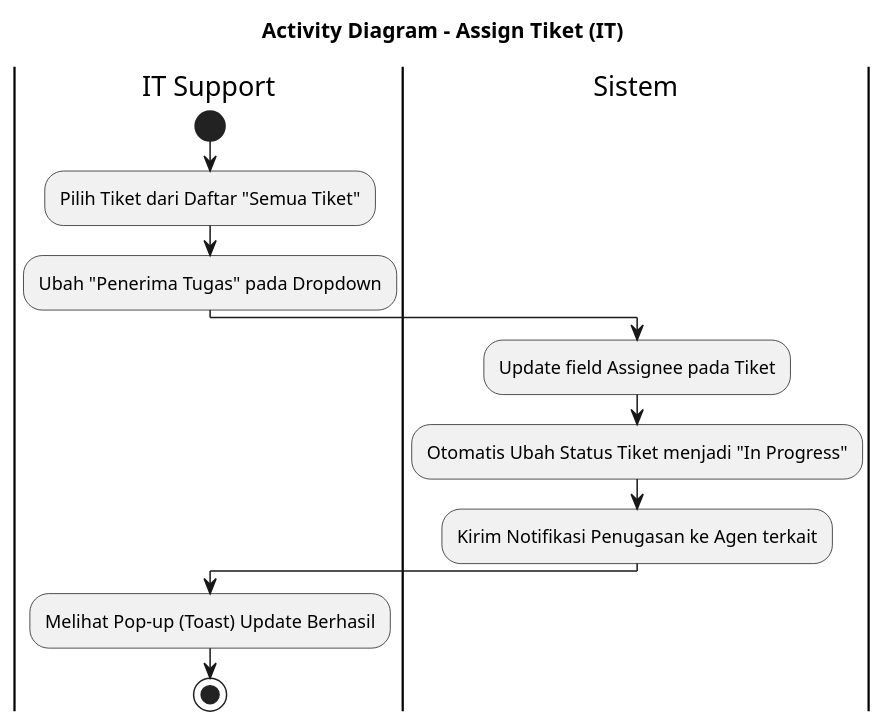
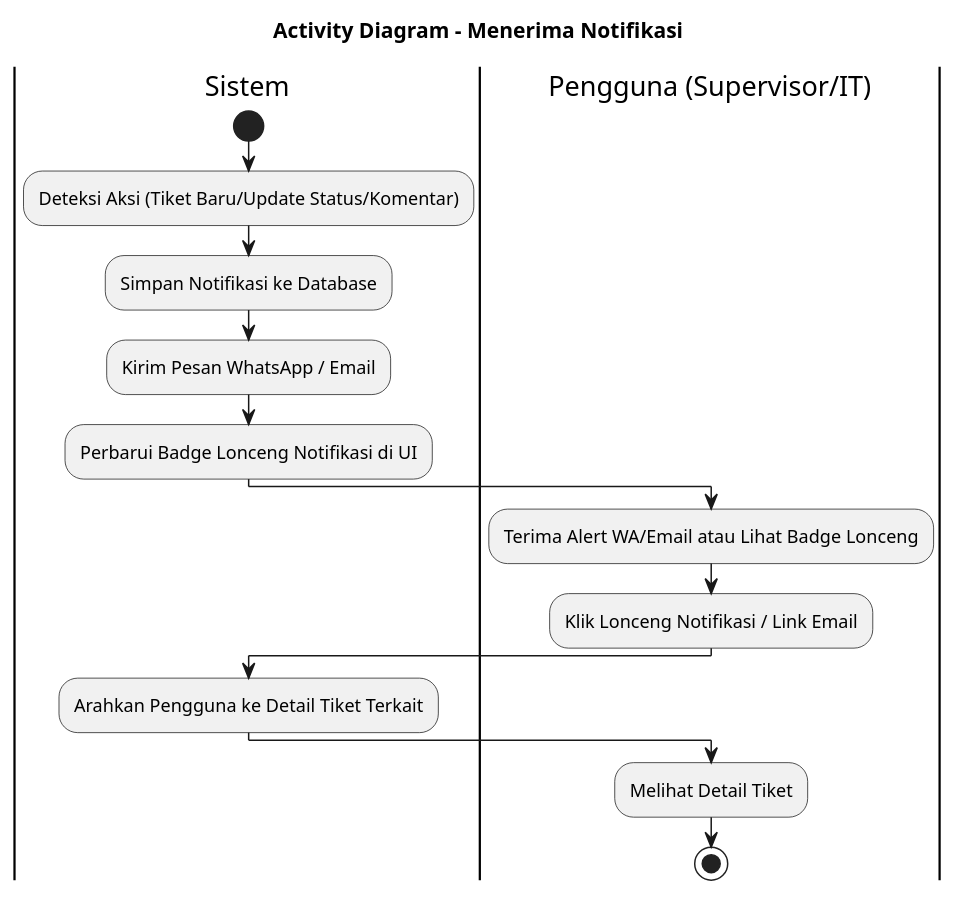
Before and after one commit to mrahmatfadila/bissmillah-skripsi-web: the sixth of 14 diagrams in docs/activity-diagrams.puml, drawn with PlantUML. The commit also changed other lines of this file and 62 other files, not shown here.

Commit message:
Update database and seeds with real Terminal 2 & 3 supervisor data and sync other project files

```diff
--- a/docs/activity-diagrams.puml
+++ b/docs/activity-diagrams.puml
@@ -88,14 +101,17 @@
-@startuml activity_assign_tiket
-title Activity Diagram - Assign Tiket (IT)
-|IT Support|
+@startuml activity_menerima_notifikasi
+title Activity Diagram - Menerima Notifikasi
+|Sistem|
 start
-:Pilih Tiket dari Daftar "Semua Tiket";
-:Ubah "Penerima Tugas" pada Dropdown;
+:Deteksi Aksi (Tiket Baru/Update Status/Komentar);
+:Simpan Notifikasi ke Database;
+:Kirim Pesan WhatsApp / Email;
+:Perbarui Badge Lonceng Notifikasi di UI;
+|Pengguna (Supervisor/IT)|
+:Terima Alert WA/Email atau Lihat Badge Lonceng;
+:Klik Lonceng Notifikasi / Link Email;
 |Sistem|
-:Update field Assignee pada Tiket;
-:Otomatis Ubah Status Tiket menjadi "In Progress";
-:Kirim Notifikasi Penugasan ke Agen terkait;
-|IT Support|
-:Melihat Pop-up (Toast) Update Berhasil;
+:Arahkan Pengguna ke Detail Tiket Terkait;
+|Pengguna (Supervisor/IT)|
+:Melihat Detail Tiket;
 stop
 @enduml
```
